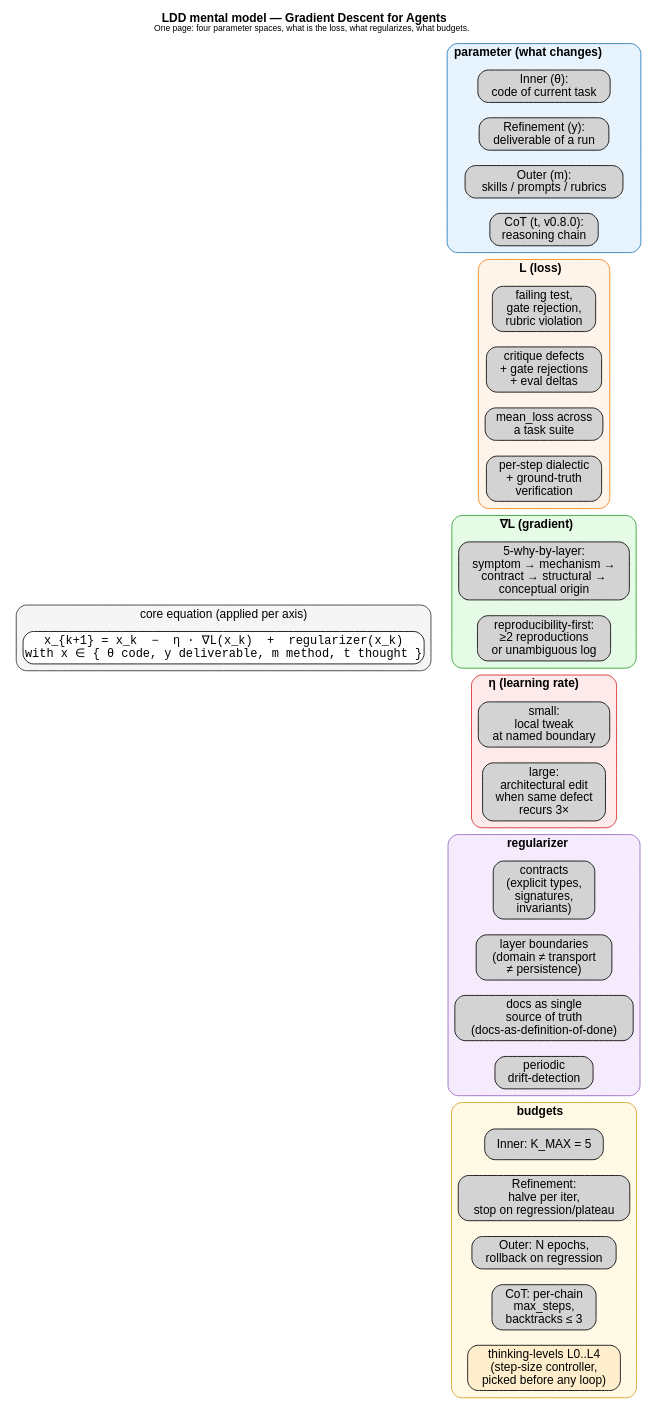
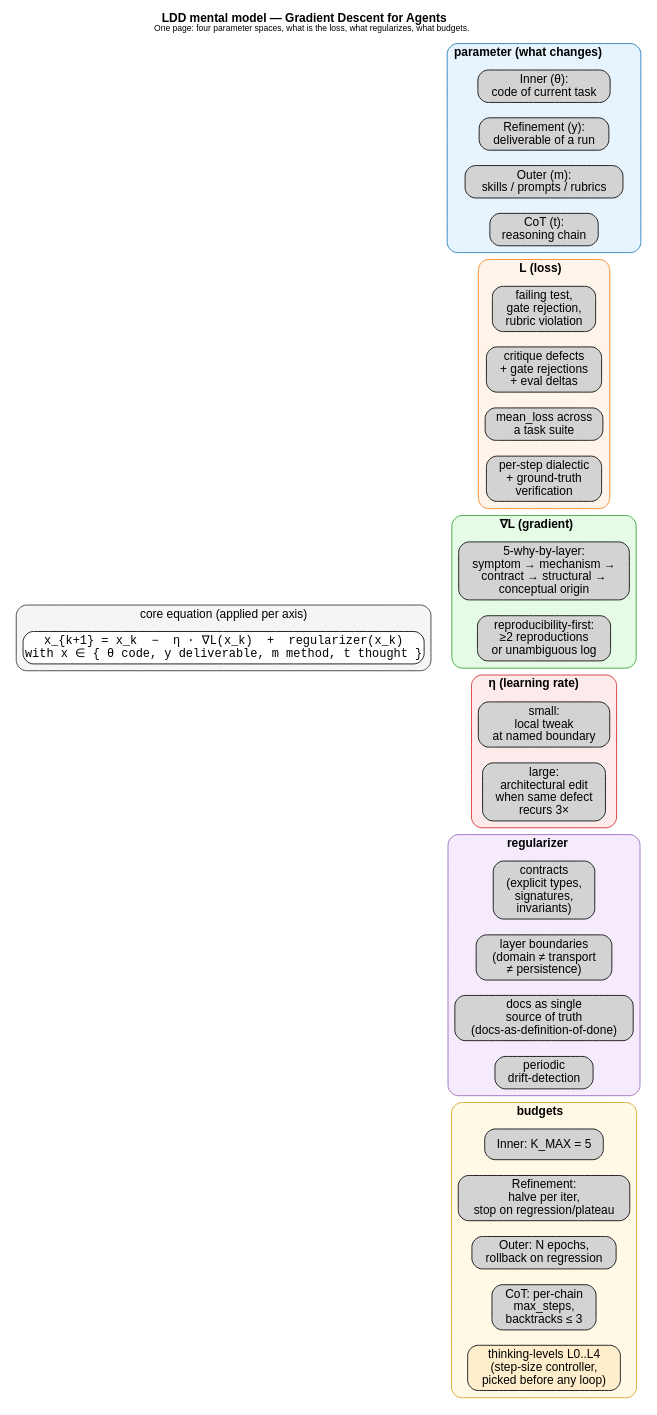
Before and after one commit to veegee82/loss-driven-development: the diagram in diagrams/mental-model-ldd.dot, drawn with Graphviz. The commit also changed 8 other files, not shown here.

```diff
--- a/diagrams/mental-model-ldd.dot
+++ b/diagrams/mental-model-ldd.dot
@@ -1,72 +1,72 @@
 digraph mental_model_ldd {
   rankdir=LR;
   node [fontname="Helvetica", shape=box, style="rounded,filled"];
   edge [fontname="Helvetica", fontsize=10];
   labelloc="t";
   label=<<b>LDD mental model — Gradient Descent for Agents</b><br/><font point-size="10">One page: four parameter spaces, what is the loss, what regularizes, what budgets.</font>>;
   fontname="Helvetica";
 
   subgraph cluster_core {
     label="core equation (applied per axis)";
     style="rounded,filled"; fillcolor="#f5f5f5"; color="#333333";
     eq [label="x_{k+1} = x_k  −  η · ∇L(x_k)  +  regularizer(x_k)\nwith x ∈ { θ code, y deliverable, m method, t thought }", fillcolor="#ffffff", shape=box, fontname="Courier"];
   }
 
   subgraph cluster_theta {
     label=<<b>parameter (what changes)</b>>;
     style="rounded,filled"; fillcolor="#e8f4fd"; color="#1f77b4";
     theta_code [label="Inner (θ):\ncode of current task"];
     theta_deliv [label="Refinement (y):\ndeliverable of a run"];
     theta_skill [label="Outer (m):\nskills / prompts / rubrics"];
-    theta_thought [label="CoT (t, v0.8.0):\nreasoning chain"];
+    theta_thought [label="CoT (t):\nreasoning chain"];
   }
 
   subgraph cluster_loss {
     label=<<b>L (loss)</b>>;
     style="rounded,filled"; fillcolor="#fef4ea"; color="#ff7f0e";
     loss_inner [label="failing test,\ngate rejection,\nrubric violation"];
     loss_refine [label="critique defects\n+ gate rejections\n+ eval deltas"];
     loss_outer [label="mean_loss across\na task suite"];
     loss_cot [label="per-step dialectic\n+ ground-truth\nverification"];
   }
 
   subgraph cluster_grad {
     label=<<b>∇L (gradient)</b>>;
     style="rounded,filled"; fillcolor="#e6fbe6"; color="#2ca02c";
     grad_how [label="5-why-by-layer:\nsymptom → mechanism →\ncontract → structural →\nconceptual origin"];
     grad_guard [label="reproducibility-first:\n≥2 reproductions\nor unambiguous log"];
   }
 
   subgraph cluster_eta {
     label=<<b>η (learning rate)</b>>;
     style="rounded,filled"; fillcolor="#fdeaea"; color="#d62728";
     eta_small [label="small:\nlocal tweak\nat named boundary"];
     eta_large [label="large:\narchitectural edit\nwhen same defect\nrecurs 3×"];
   }
 
   subgraph cluster_reg {
     label=<<b>regularizer</b>>;
     style="rounded,filled"; fillcolor="#f5ebfd"; color="#9467bd";
     reg_contract [label="contracts\n(explicit types,\nsignatures,\ninvariants)"];
     reg_layer [label="layer boundaries\n(domain ≠ transport\n≠ persistence)"];
     reg_docs [label="docs as single\nsource of truth\n(docs-as-definition-of-done)"];
     reg_drift [label="periodic\ndrift-detection"];
   }
 
   subgraph cluster_budget {
     label=<<b>budgets</b>>;
     style="rounded,filled"; fillcolor="#fff9e6"; color="#d4a017";
     b_inner [label="Inner: K_MAX = 5"];
     b_refine [label="Refinement:\nhalve per iter,\nstop on regression/plateau"];
     b_outer [label="Outer: N epochs,\nrollback on regression"];
     b_cot [label="CoT: per-chain\nmax_steps,\nbacktracks ≤ 3"];
     b_ladder [label="thinking-levels L0..L4\n(step-size controller,\npicked before any loop)", fillcolor="#ffeecc"];
   }
 
   eq -> theta_code [style=invis];
   eq -> loss_inner [style=invis];
   eq -> grad_how [style=invis];
   eq -> eta_small [style=invis];
   eq -> reg_contract [style=invis];
   eq -> b_inner [style=invis];
 }
```
